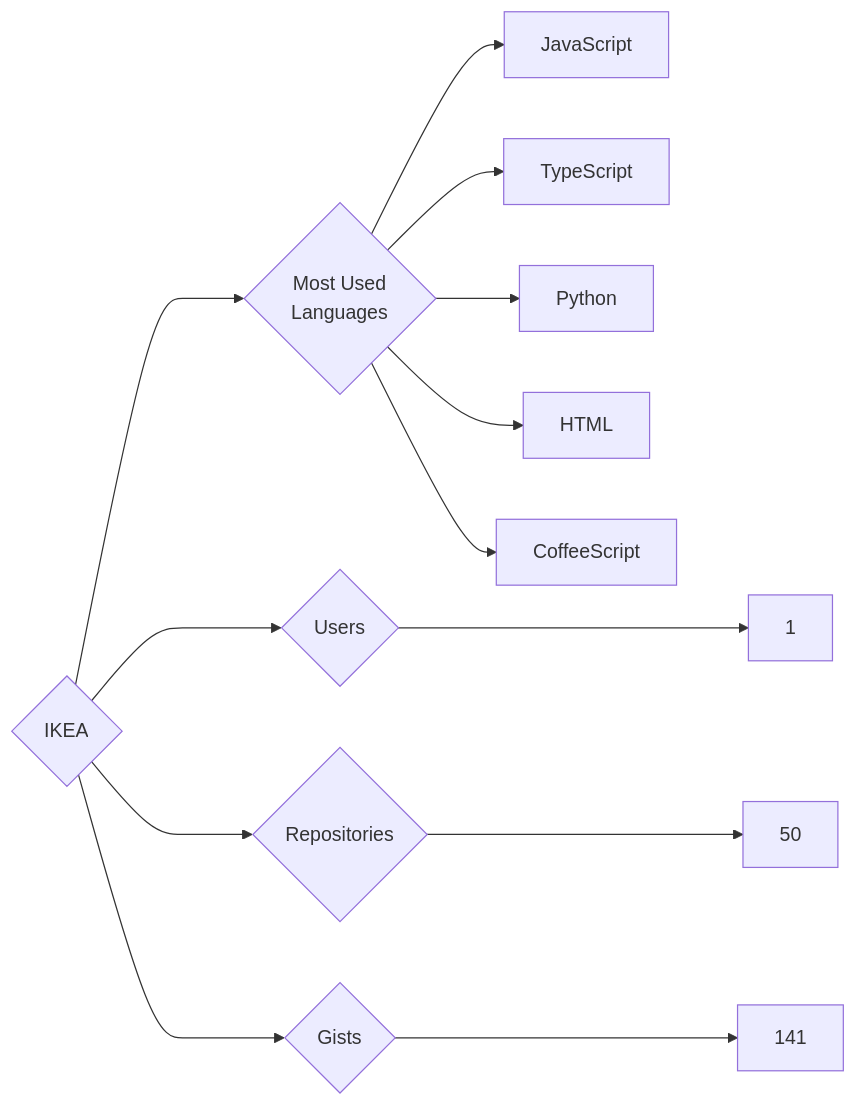
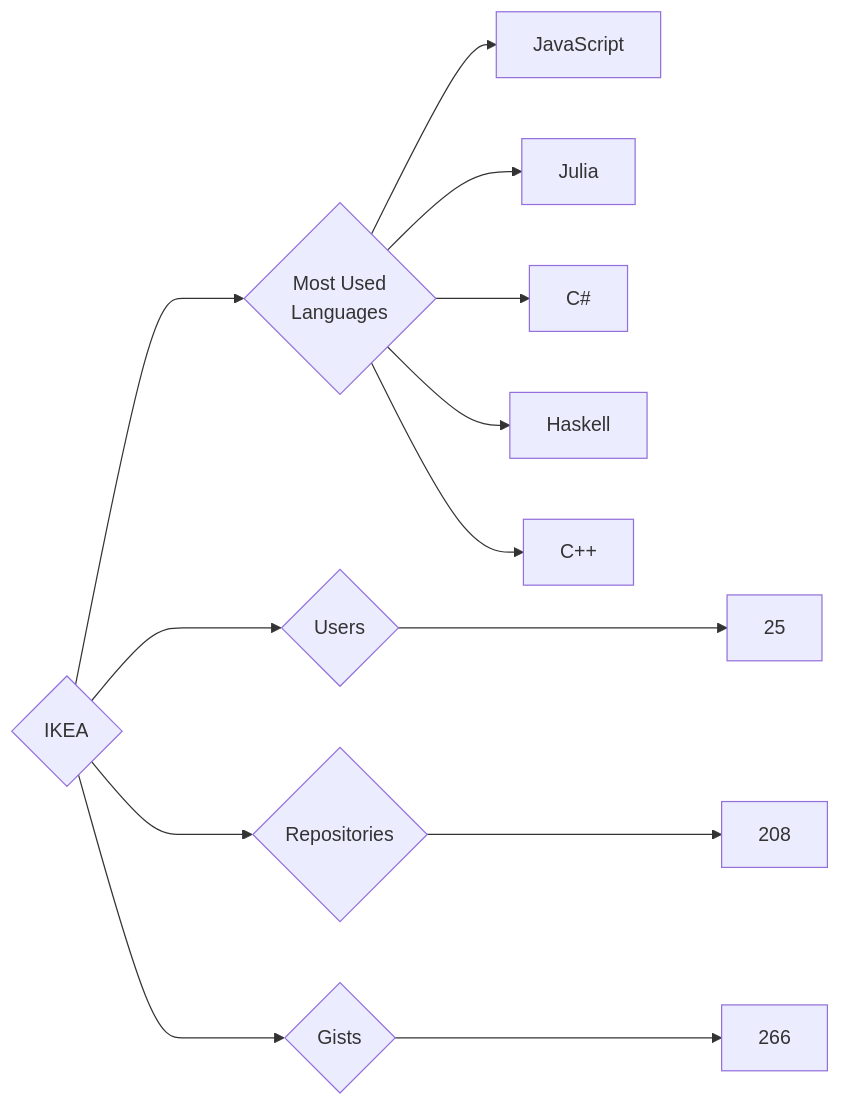
One commit to trickest/insiders changed the diagram in targets/IKEA/README.md. Above: the diagram before and after it, drawn with Mermaid. The commit also changed 984 other files, not shown here.

````diff
--- a/targets/IKEA/README.md
+++ b/targets/IKEA/README.md
@@ -3,13 +3,13 @@
 ```mermaid
 graph LR
 COMPANY_NAME{IKEA}
-COMPANY_NAME ---> U{Users} ---> UN[1]
-COMPANY_NAME ---> R{Repositories} ---> RN[50]
-COMPANY_NAME ---> G{Gists} ---> GN[141]
+COMPANY_NAME ---> U{Users} ---> UN[25]
+COMPANY_NAME ---> R{Repositories} ---> RN[208]
+COMPANY_NAME ---> G{Gists} ---> GN[266]
 COMPANY_NAME ---> ML{Most Used<br>Languages}
 ML --> JavaScript[JavaScript]
-ML --> TypeScript[TypeScript]
-ML --> Python[Python]
-ML --> HTML[HTML]
-ML --> CoffeeScript[CoffeeScript]
+ML --> Julia[Julia]
+ML --> C#[C#]
+ML --> Haskell[Haskell]
+ML --> C++[C++]
 ```
````
